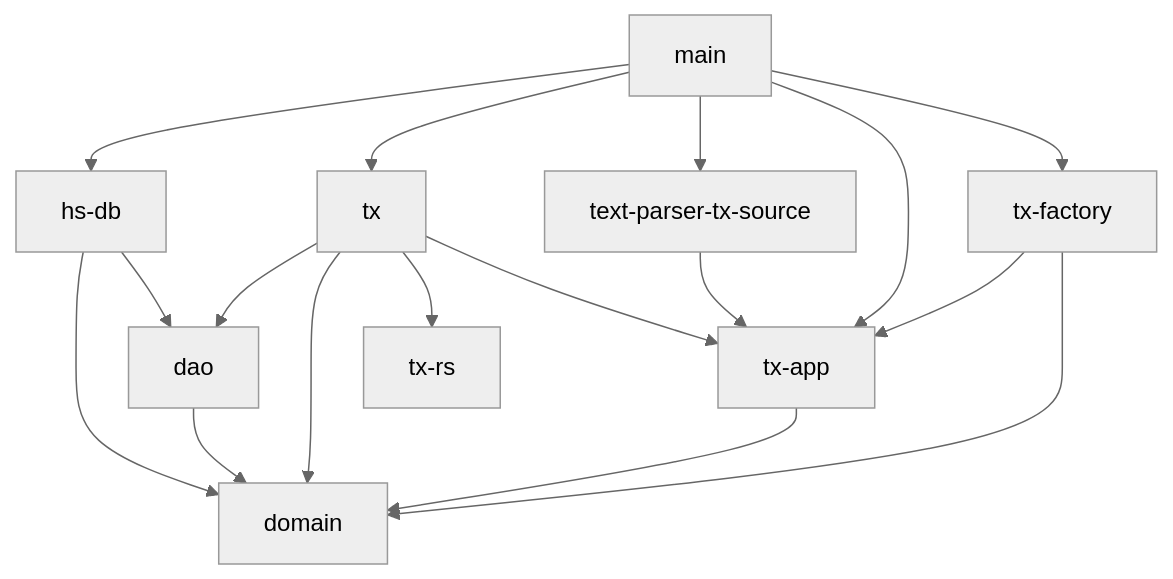
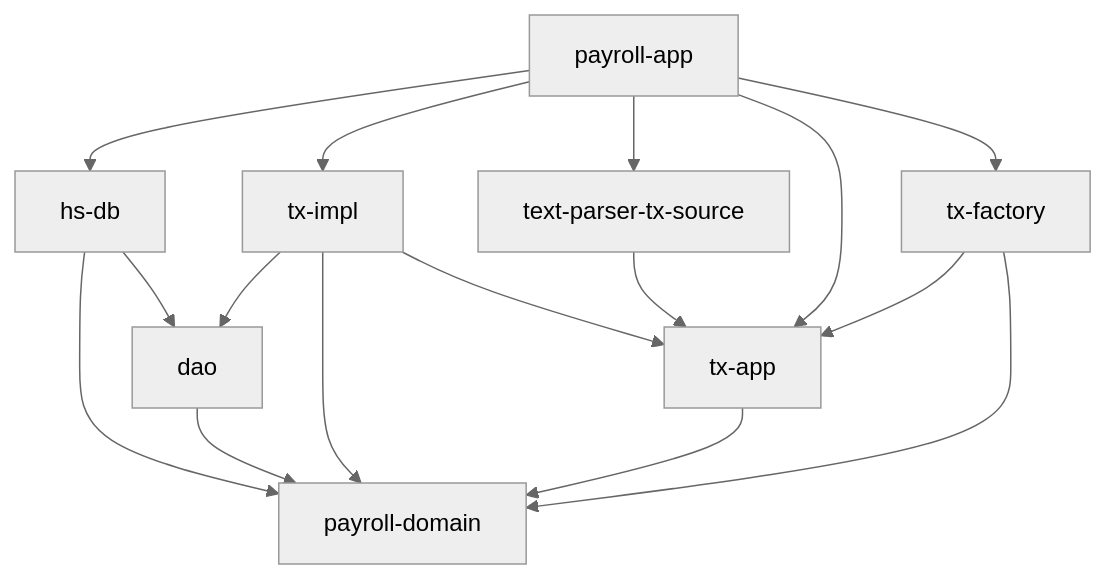
One commit to cutsea110/payroll changed the diagram in README.md. Above: the diagram before and after it, drawn with Mermaid (neutral theme).

````diff
--- a/README.md
+++ b/README.md
@@ -3,26 +3,25 @@
 ```mermaid
 graph TD
 
-  dao --> domain
+  dao --> payroll-domain
   
-  tx --> dao
-  tx --> domain
-  tx --> tx-rs
-  tx --> tx-app
+  tx-impl --> dao
+  tx-impl --> payroll-domain
+  tx-impl --> tx-app
   
-  tx-app --> domain
+  tx-app --> payroll-domain
 
   tx-factory --> tx-app
-  tx-factory --> domain
+  tx-factory --> payroll-domain
   
   text-parser-tx-source --> tx-app
   
-  hs-db --> domain
+  hs-db --> payroll-domain
   hs-db --> dao
   
-  main --> hs-db
-  main --> tx
-  main --> text-parser-tx-source
-  main --> tx-app
-  main --> tx-factory
+  payroll-app --> hs-db
+  payroll-app --> tx-impl
+  payroll-app --> text-parser-tx-source
+  payroll-app --> tx-app
+  payroll-app --> tx-factory
 ```
````
